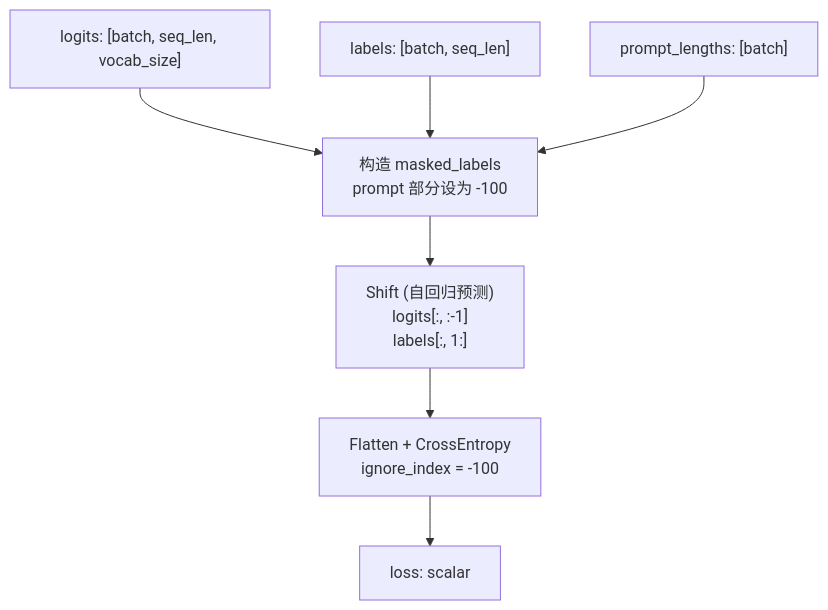
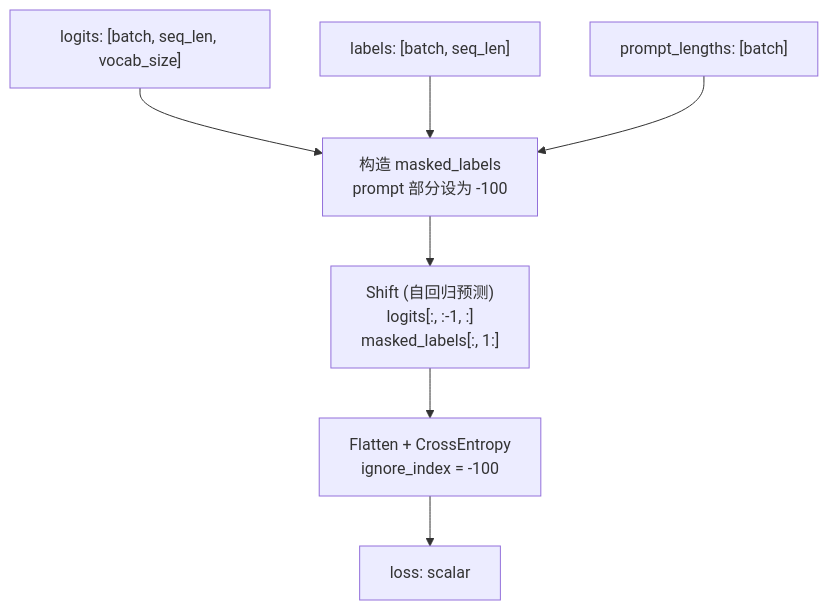
Diagram 12 of 14 in README.md (ckd0817/LLM-Interview-Code), drawn with Mermaid before and after one commit. The commit also changed other lines of this file, not shown here.

````diff
--- a/README.md
+++ b/README.md
@@ -517,10 +562,10 @@
 ```mermaid
 flowchart TD
     Logits["logits: [batch, seq_len, vocab_size]"] --> Mask
     Labels["labels: [batch, seq_len]"] --> Mask
     PromptLengths["prompt_lengths: [batch]"] --> Mask
     Mask["构造 masked_labels<br/>prompt 部分设为 -100"]
-    Mask --> Shift["Shift (自回归预测)<br/>logits[:, :-1]<br/>labels[:, 1:]"]
+    Mask --> Shift["Shift (自回归预测)<br/>logits[:, :-1, :]<br/>masked_labels[:, 1:]"]
     Shift --> Loss["Flatten + CrossEntropy<br/>ignore_index = -100"]
     Loss --> Output["loss: scalar"]
 ```
````
